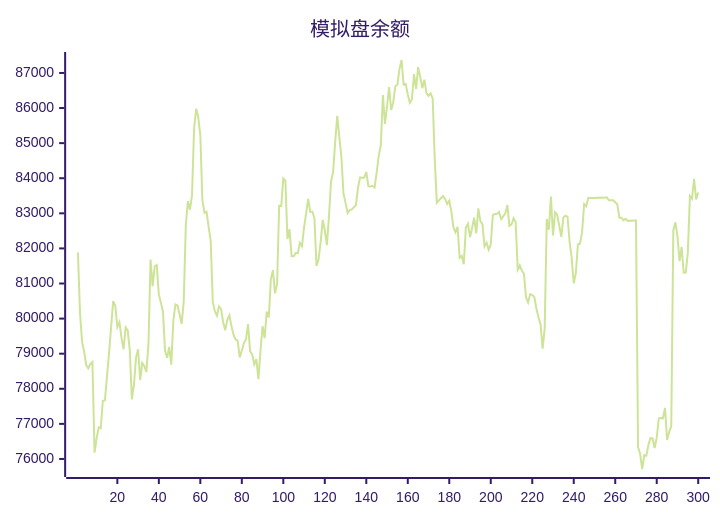
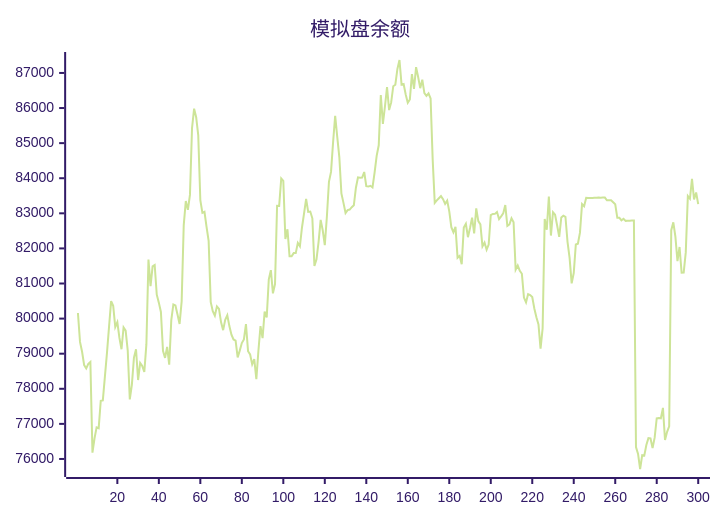
One commit to aahl/ai-trading changed the diagram in README.md. Above: the diagram before and after it, drawn with Mermaid (forest theme). The commit also changed other lines of this file and 1 other file, not shown here.

````diff
--- a/README.md
+++ b/README.md
@@ -5,5 +5,5 @@
 ```mermaid
 xychart
     title "模拟盘余额"
-    line [81884,80160,79335,79055,78675,78580,78708,78764,76179,76586,76902,76876,77658,77669,78346,79023,79769,80497,80366,79761,79896,79448,79126,79749,79658,79097,77695,78114,78888,79126,78249,78738,78653,78478,79271,81680,80923,81488,81527,80681,80455,80190,79084,78879,79193,78686,79954,80403,80374,80118,79848,80491,82665,83351,83098,83525,85430,85983,85737,85221,83378,83014,83043,82613,82216,80477,80208,80081,80348,80277,79894,79670,79965,80093,79786,79542,79406,79371,78893,79087,79304,79406,79841,79072,78978,78696,78846,78272,79085,79787,79442,80198,80031,81120,81379,80718,80985,83214,83212,83993,83921,82270,82547,81776,81776,81866,81866,82158,82061,82596,83000,83408,83041,83050,82858,81503,81691,82188,82812,82517,82092,82901,83898,84180,85030,85781,85178,84604,83569,83298,83008,83093,83107,83175,83228,83729,84025,84017,84019,84177,83775,83762,83785,83738,84160,84639,84939,86370,85548,86046,86599,85942,86161,86622,86664,87115,87369,86666,86685,86384,86152,86243,86969,86548,87164,86885,86566,86809,86427,86348,86417,86273,84538,83299,83369,83430,83490,83404,83270,83362,83056,82605,82459,82614,81734,81788,81551,82598,82702,82320,82580,82878,82426,83139,82778,82686,82056,82166,81963,82110,82951,82983,82984,83038,82838,82915,82998,83235,82642,82682,82858,82746,81396,81512,81362,81277,80600,80461,80699,80673,80616,80288,80038,79836,79142,79722,82837,82533,83480,82366,83032,82960,82654,82330,82883,82934,82901,82188,81728,81005,81298,82110,82135,82449,83264,83203,83440,83439,83440,83440,83446,83447,83448,83447,83448,83449,83369,83369,83369,83313,83256,82872,82873,82801,82844,82785,82791,82791,82793,82794,76339,76145,75714,76110,76096,76397,76594,76585,76310,76607,77160,77170,77160,77456,76541,76774,76927,82520,82744,82337,81639,82040,81307,81314,81887,83490,83414,83984,83396,83594]
+    line [80160,79335,79055,78675,78580,78708,78764,76179,76586,76902,76876,77658,77669,78346,79023,79769,80497,80366,79761,79896,79448,79126,79749,79658,79097,77695,78114,78888,79126,78249,78738,78653,78478,79271,81680,80923,81488,81527,80681,80455,80190,79084,78879,79193,78686,79954,80403,80374,80118,79848,80491,82665,83351,83098,83525,85430,85983,85737,85221,83378,83014,83043,82613,82216,80477,80208,80081,80348,80277,79894,79670,79965,80093,79786,79542,79406,79371,78893,79087,79304,79406,79841,79072,78978,78696,78846,78272,79085,79787,79442,80198,80031,81120,81379,80718,80985,83214,83212,83993,83921,82270,82547,81776,81776,81866,81866,82158,82061,82596,83000,83408,83041,83050,82858,81503,81691,82188,82812,82517,82092,82901,83898,84180,85030,85781,85178,84604,83569,83298,83008,83093,83107,83175,83228,83729,84025,84017,84019,84177,83775,83762,83785,83738,84160,84639,84939,86370,85548,86046,86599,85942,86161,86622,86664,87115,87369,86666,86685,86384,86152,86243,86969,86548,87164,86885,86566,86809,86427,86348,86417,86273,84538,83299,83369,83430,83490,83404,83270,83362,83056,82605,82459,82614,81734,81788,81551,82598,82702,82320,82580,82878,82426,83139,82778,82686,82056,82166,81963,82110,82951,82983,82984,83038,82838,82915,82998,83235,82642,82682,82858,82746,81396,81512,81362,81277,80600,80461,80699,80673,80616,80288,80038,79836,79142,79722,82837,82533,83480,82366,83032,82960,82654,82330,82883,82934,82901,82188,81728,81005,81298,82110,82135,82449,83264,83203,83440,83439,83440,83440,83446,83447,83448,83447,83448,83449,83369,83369,83369,83313,83256,82872,82873,82801,82844,82785,82791,82791,82793,82794,76339,76145,75714,76110,76096,76397,76594,76585,76310,76607,77160,77170,77160,77456,76541,76774,76927,82520,82744,82337,81639,82040,81307,81314,81887,83490,83414,83984,83396,83594,83261]
 ```
````
